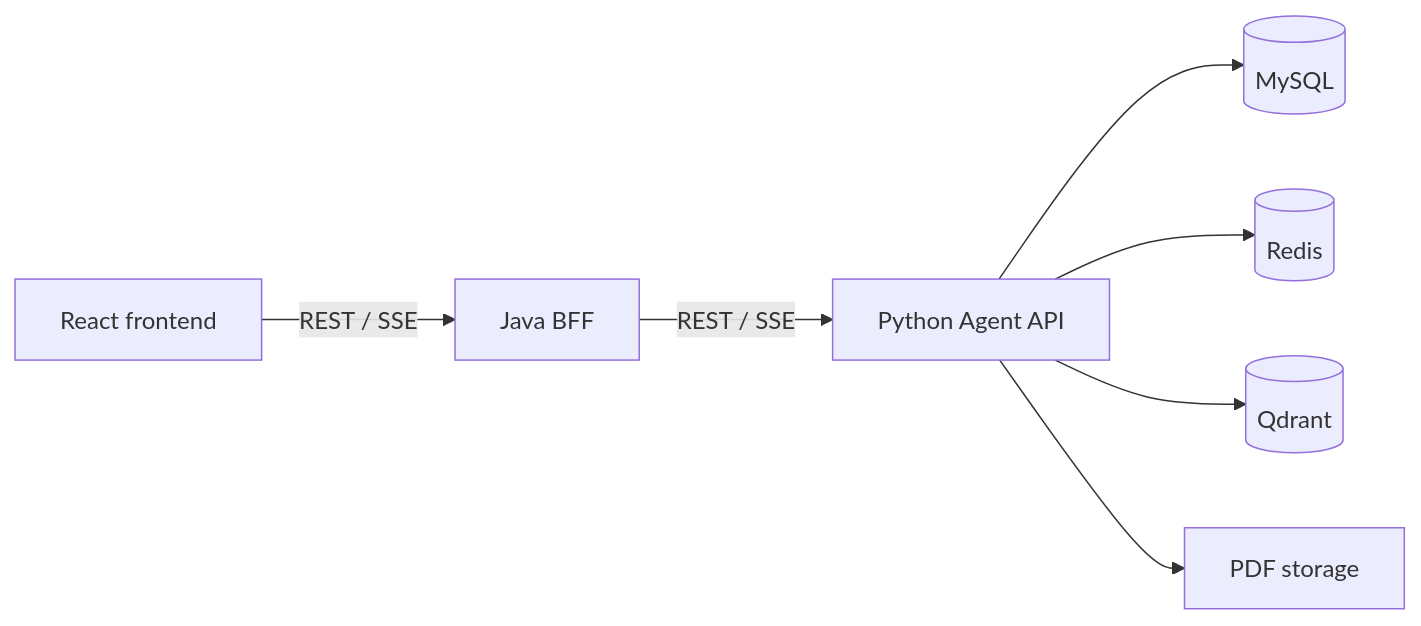
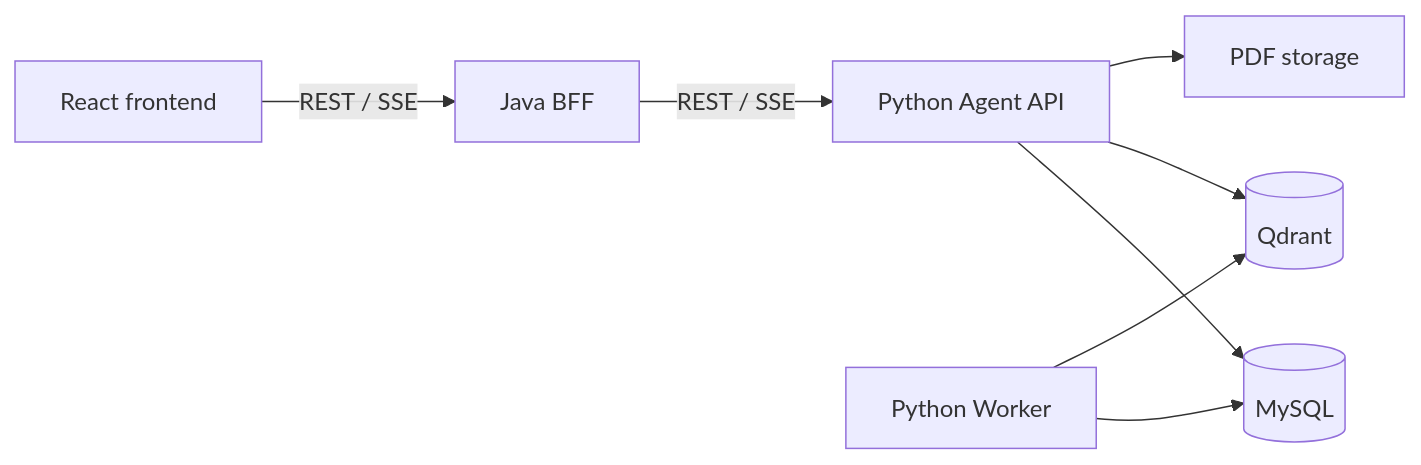
The diagram in README.md (Liumy1212/ScholarAgent), drawn with Mermaid before and after one commit. The commit also changed other lines of this file and 4 other files, not shown here.

Commit message:
docs: refocus v0.1 roadmap on usable agent demo

````diff
--- a/README.md
+++ b/README.md
@@ -24,9 +33,10 @@
 ```mermaid
 flowchart LR
     React[React frontend] -->|REST / SSE| Java[Java BFF]
     Java -->|REST / SSE| Agent[Python Agent API]
     Agent --> MySQL[(MySQL)]
-    Agent --> Redis[(Redis)]
     Agent --> Qdrant[(Qdrant)]
     Agent --> Files[PDF storage]
+    Worker[Python Worker] --> MySQL
+    Worker --> Qdrant
 ```
````
